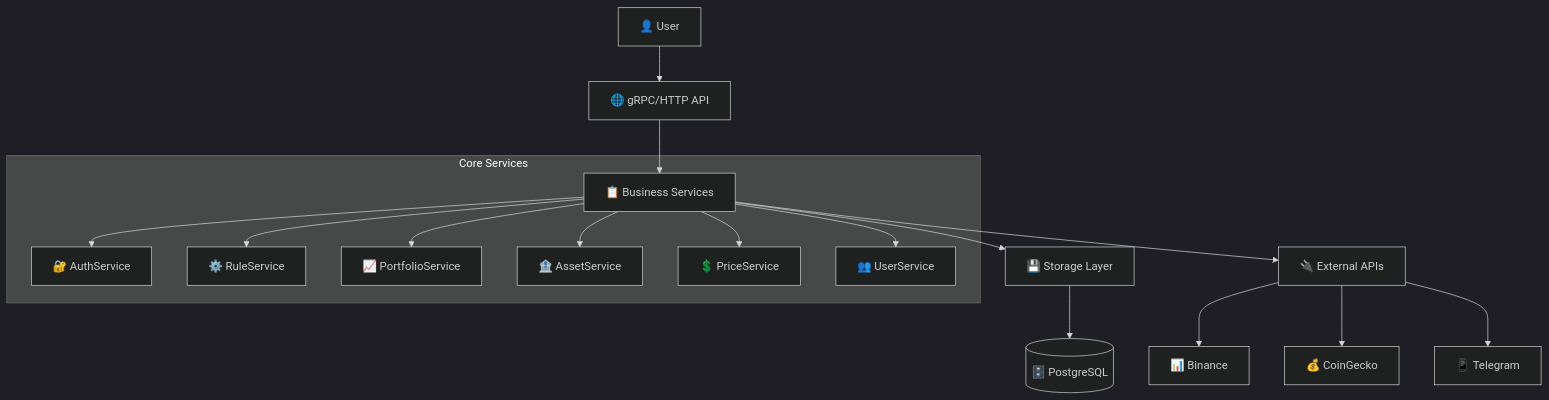
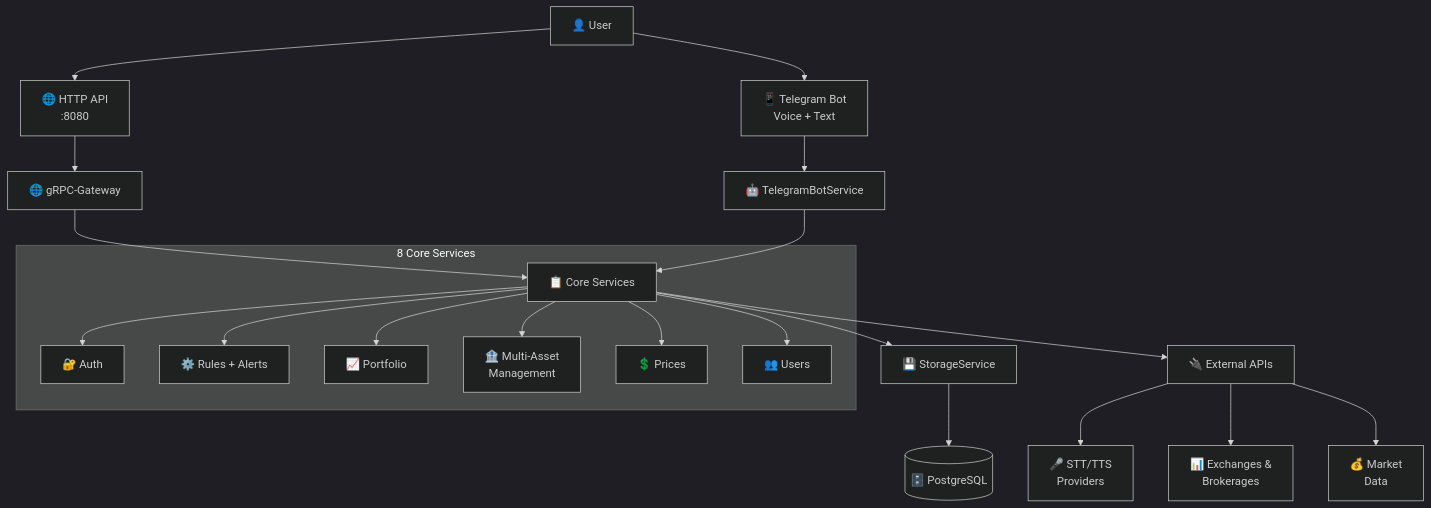
The diagram in README.md (foxcool/greedy-eye), drawn with Mermaid (dark theme) before and after one commit. The commit also changed other lines of this file and 26 other files, not shown here.

````diff
--- a/README.md
+++ b/README.md
@@ -45,21 +54,27 @@
 ```mermaid
 graph TB
-    User[👤 User] --> API[🌐 gRPC/HTTP API]
-    API --> Services[📋 Business Services]
-    Services --> Storage[💾 Storage Layer]
+    User[👤 User] --> Telegram[📱 Telegram Bot<br/>Voice + Text]
+    User --> API[🌐 HTTP API<br/>:8080]
+    
+    Telegram --> TBot[🤖 TelegramBotService]
+    API --> Gateway[🌐 gRPC-Gateway]
+    Gateway --> Services[📋 Core Services]
+    TBot --> Services
+    
+    Services --> Storage[💾 StorageService]
     Storage --> DB[(🗄️ PostgreSQL)]
     
     Services --> External[🔌 External APIs]
-    External --> Binance[📊 Binance]
-    External --> CoinGecko[💰 CoinGecko]
-    External --> Telegram[📱 Telegram]
+    External --> Speech[🎤 STT/TTS<br/>Providers]
+    External --> Exchanges[📊 Exchanges &<br/>Brokerages]
+    External --> Price[💰 Market<br/>Data]
     
-    subgraph "Core Services"
-        Services --> Auth[🔐 AuthService]
-        Services --> Rules[⚙️ RuleService] 
-        Services --> Portfolio[📈 PortfolioService]
-        Services --> Assets[🏦 AssetService]
-        Services --> Prices[💲 PriceService]
-        Services --> Users[👥 UserService]
+    subgraph "8 Core Services"
+        Services --> Auth[🔐 Auth]
+        Services --> Rules[⚙️ Rules + Alerts] 
+        Services --> Portfolio[📈 Portfolio]
+        Services --> Assets[🏦 Multi-Asset<br/>Management]
+        Services --> Prices[💲 Prices]
+        Services --> Users[👥 Users]
     end
 ```
````
